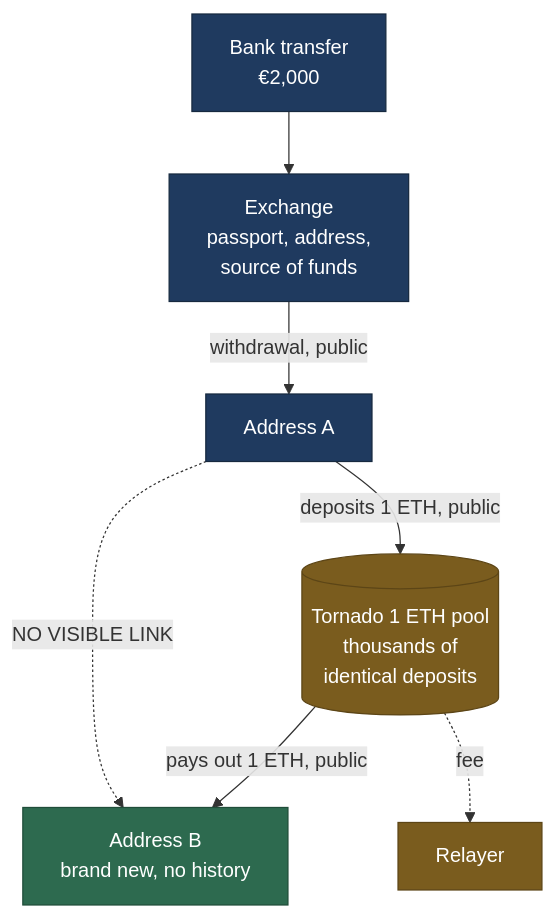
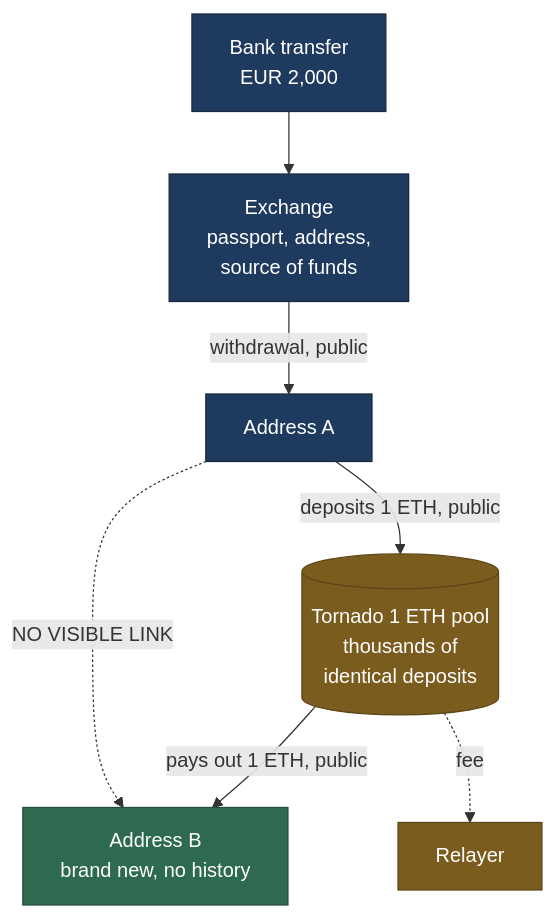
The first of 4 diagrams in PATHWAYS.md (nand872/TC-to-RG), drawn with Mermaid before and after one commit. The commit also changed other lines of this file and 12 other files, not shown here.

````diff
--- a/PATHWAYS.md
+++ b/PATHWAYS.md
@@ -3,16 +3,16 @@
 ```mermaid
 flowchart TD
-    F["Bank transfer<br/>€2,000"] --> X["Exchange<br/>passport, address,<br/>source of funds"]
+    F["Bank transfer<br/>EUR 2,000"] --> X["Exchange<br/>passport, address,<br/>source of funds"]
     X -->|"withdrawal, public"| A["Address A"]
     A -->|"deposits 1 ETH, public"| P[("Tornado 1 ETH pool<br/>thousands of<br/>identical deposits")]
     P -->|"pays out 1 ETH, public"| B["Address B<br/>brand new, no history"]
     P -.->|"fee"| RL["Relayer"]
     A -.->|"NO VISIBLE LINK"| B
 
     classDef known fill:#1f3a5f,color:#ffffff,stroke:#16293f
     classDef pool fill:#7a5c1e,color:#ffffff,stroke:#5c4516
     classDef fresh fill:#2d6a4f,color:#ffffff,stroke:#1f4d39
     class F,X,A known
     class P,RL pool
     class B fresh
 ```
````
